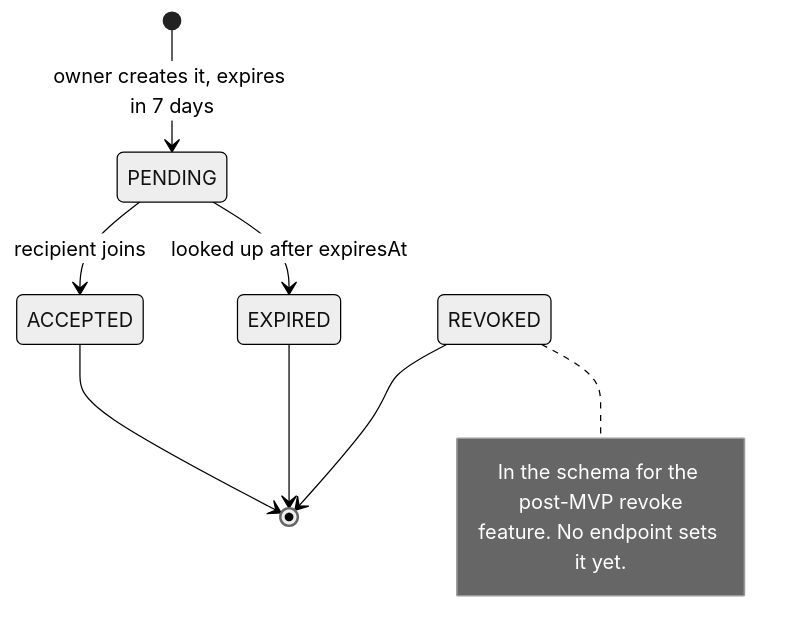
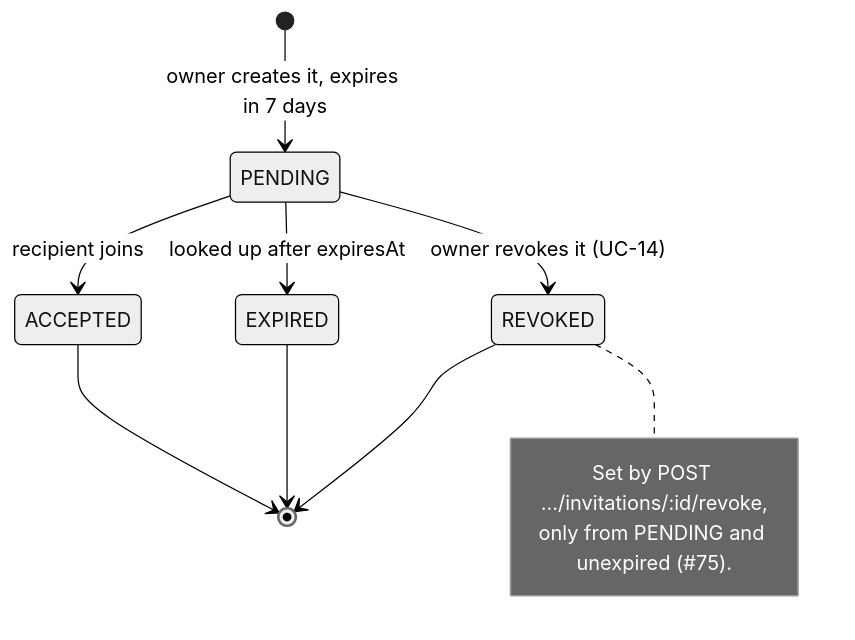
One commit to orvaldez/RoomSync changed the fifth of 5 diagrams in docs/requirements/analysis-model.md. Above: the diagram before and after it, drawn with Mermaid (neutral theme). The commit also changed other lines of this file and 28 other files, not shown here.

````diff
--- a/docs/requirements/analysis-model.md
+++ b/docs/requirements/analysis-model.md
@@ -403,14 +403,15 @@
 ```mermaid
 stateDiagram-v2
     [*] --> PENDING : owner creates it, expires in 7 days
     PENDING --> ACCEPTED : recipient joins
     PENDING --> EXPIRED : looked up after expiresAt
+    PENDING --> REVOKED : owner revokes it (UC-14)
     ACCEPTED --> [*]
     EXPIRED --> [*]
     REVOKED --> [*]
 
     note right of REVOKED
-        In the schema for the post-MVP revoke
-        feature. No endpoint sets it yet.
+        Set by POST .../invitations/:id/revoke,
+        only from PENDING and unexpired (#75).
     end note
 ```
````
